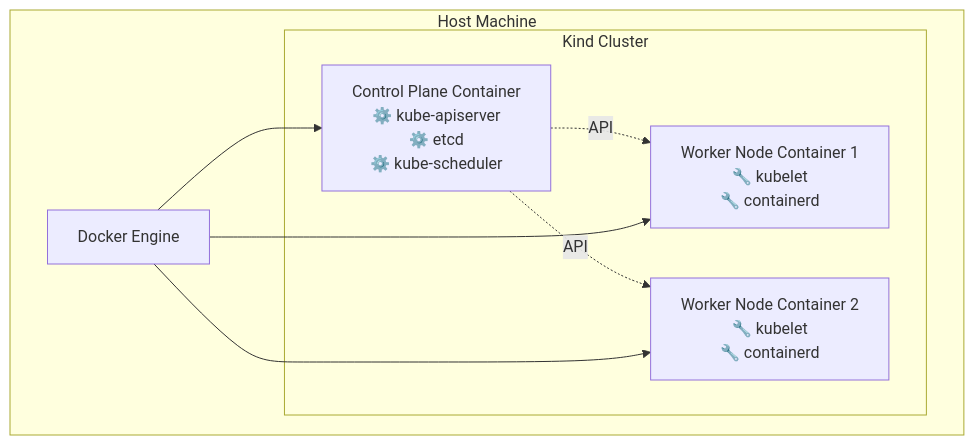
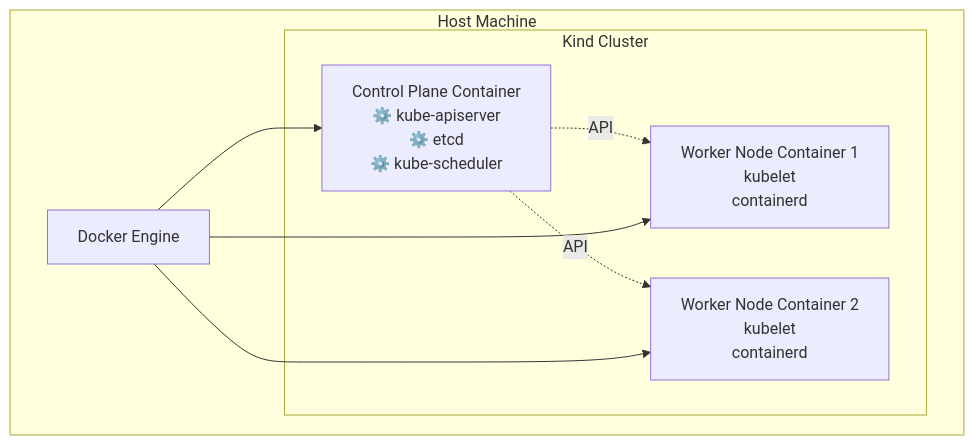
Diagram 26 of 41 in docs/cicd/week1-image-build.md (juwon8891/juwon8891.github.io), drawn with Mermaid before and after one commit. The commit also changed other lines of this file and 29 other files, not shown here.

````diff
--- a/docs/cicd/week1-image-build.md
+++ b/docs/cicd/week1-image-build.md
@@ -1608,22 +1612,22 @@
 ```mermaid
 graph TB
     subgraph "Host Machine"
         DOCKER_ENGINE[Docker Engine]
 
         subgraph "Kind Cluster"
             CONTROL[Control Plane Container<br/>⚙️ kube-apiserver<br/>⚙️ etcd<br/>⚙️ kube-scheduler]
 
-            WORKER1[Worker Node Container 1<br/>🔧 kubelet<br/>🔧 containerd]
+            WORKER1[Worker Node Container 1<br/>kubelet<br/>containerd]
 
-            WORKER2[Worker Node Container 2<br/>🔧 kubelet<br/>🔧 containerd]
+            WORKER2[Worker Node Container 2<br/>kubelet<br/>containerd]
 
             CONTROL -.->|API| WORKER1
             CONTROL -.->|API| WORKER2
         end
 
         DOCKER_ENGINE --> CONTROL
         DOCKER_ENGINE --> WORKER1
         DOCKER_ENGINE --> WORKER2
     end
 
 ```
````
